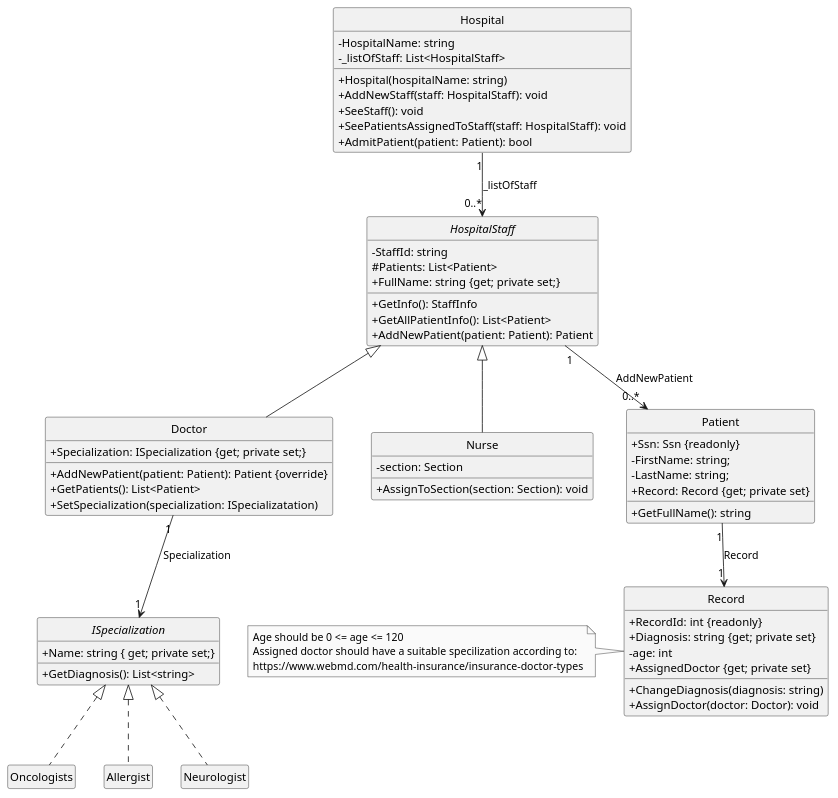
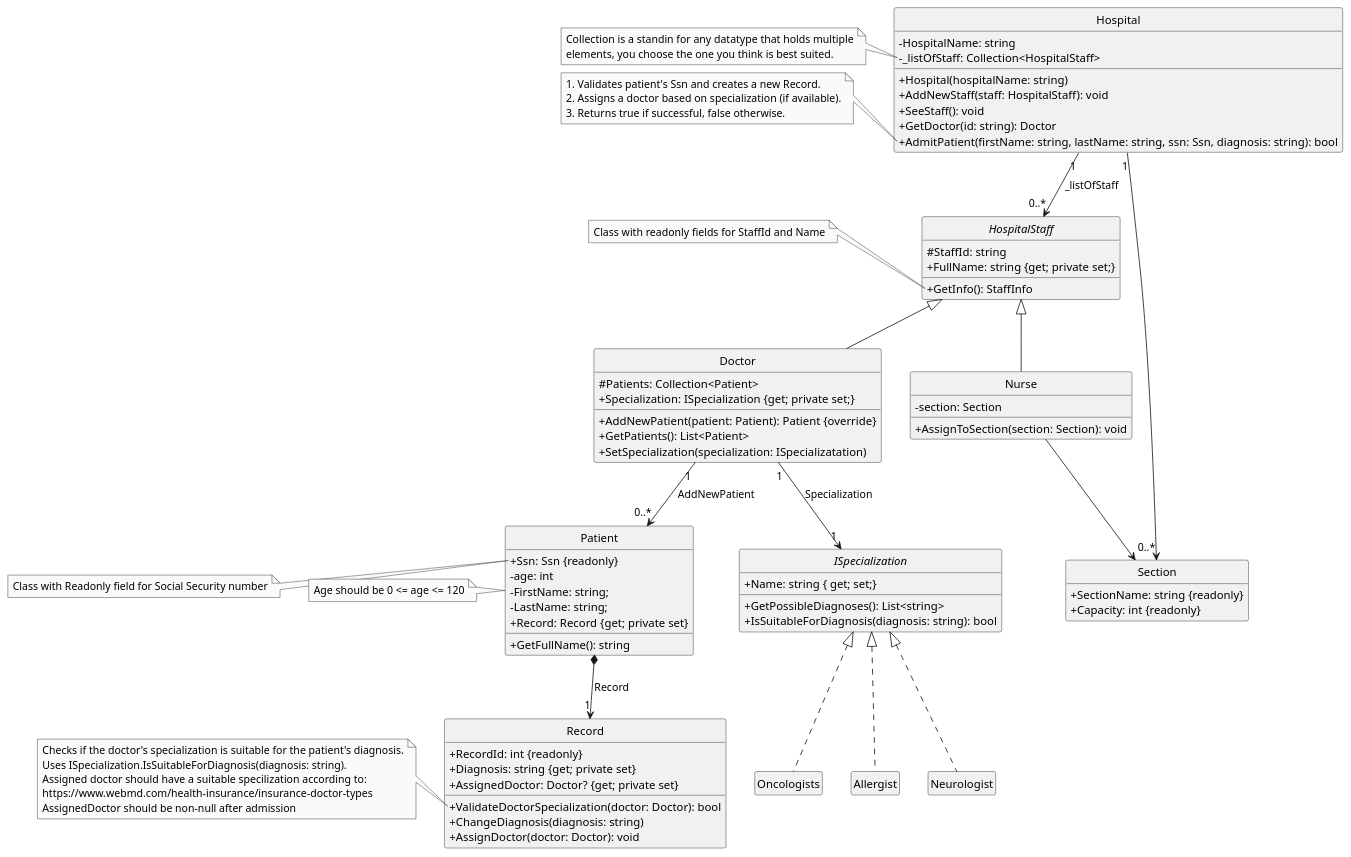
One commit to hkirk/ST2ITS2_Material changed the diagram in slide_server/slides/Week 11/hospital.plantuml. Above: the diagram before and after it, drawn with PlantUML. The commit also changed 1 other file, not shown here.

Commit message:
Updates to Week 11 - uml slides and

```diff
--- a/slide_server/slides/Week 11/hospital.plantuml
+++ b/slide_server/slides/Week 11/hospital.plantuml
@@ -1,97 +1,136 @@
 @startuml
 
 ' Only greyscale
 skinparam monochrome true
 ' Display UML icons (-, +, ~, #) instead of visibility icons
 skinparam classAttributeIconSize 0
 ' Disable class / interface / ... icons
 hide circles
 ' Hide empty boxes
 hide empty fields
 hide empty methods
 ' Display packages as frame
 skinparam packageStyle frame
 ' Disable shadows
 skinparam shadowing false
 
 
 class Hospital {
         - HospitalName: string
-        - _listOfStaff: List<HospitalStaff>
+        - _listOfStaff: Collection<HospitalStaff>
 
         + Hospital(hospitalName: string)
         + AddNewStaff(staff: HospitalStaff): void
         + SeeStaff(): void
-        + SeePatientsAssignedToStaff(staff: HospitalStaff): void
-        + AdmitPatient(patient: Patient): bool
+        + GetDoctor(id: string): Doctor
+        + AdmitPatient(firstName: string, lastName: string, ssn: Ssn, diagnosis: string): bool
     }
 
     abstract class HospitalStaff {
-        - StaffId: string
-        # Patients: List<Patient>
+        # StaffId: string
         + FullName: string {get; private set;}
 
         + GetInfo(): StaffInfo
-        + GetAllPatientInfo(): List<Patient>
-        + AddNewPatient(patient: Patient): Patient
     }
 
     class Doctor {
+        # Patients: Collection<Patient>
         + Specialization: ISpecialization {get; private set;}
-
         + AddNewPatient(patient: Patient): Patient {override}
         + GetPatients(): List<Patient>
         + SetSpecialization(specialization: ISpecializatation)
     }
 
     class Nurse {
       - section: Section
 
       + AssignToSection(section: Section): void
     }
 
+    class Section {
+       + SectionName: string {readonly}
+       + Capacity: int {readonly}
+    } 
+
     interface ISpecialization {
-        + Name: string { get; private set;}
+        + Name: string { get; set;}
 
-        + GetDiagnosis(): List<string>
+        + GetPossibleDiagnoses(): List<string>
+        + IsSuitableForDiagnosis(diagnosis: string): bool
     }
 
     class Oncologists {}
     class Allergist {}
     class Neurologist {}
 
     class Patient {
         + Ssn: Ssn {readonly}
+        - age: int
         - FirstName: string;
         - LastName: string;
         + Record: Record {get; private set}
 
         + GetFullName(): string
     }
 
     class Record {
         + RecordId: int {readonly}
         + Diagnosis: string {get; private set}
-        - age: int
-        + AssignedDoctor {get; private set}
-        
+        + AssignedDoctor: Doctor? {get; private set}
+        + ValidateDoctorSpecialization(doctor: Doctor): bool
         + ChangeDiagnosis(diagnosis: string)
         + AssignDoctor(doctor: Doctor): void
     }
 
     Hospital "1" --> "0..*" HospitalStaff : _listOfStaff
     HospitalStaff <|-- Doctor
     HospitalStaff <|-- Nurse
+    Hospital "1" --> "0..*" Section
+    
+    Nurse --> Section
 
-    HospitalStaff "1" --> "0..*" Patient : AddNewPatient
+    Doctor "1" --> "0..*" Patient : AddNewPatient
     Doctor "1" --> "1" ISpecialization : Specialization
     ISpecialization <|.. Oncologists
     ISpecialization <|.. Allergist
     ISpecialization <|.. Neurologist
 
-    Patient "1" --> "1" Record : Record
+    Patient *--> "1" Record : Record
 
+note left of HospitalStaff::GetInfo 
+  Class with readonly fields for StaffId and Name
+end note
 
-    note left of Record: Age should be 0 <= age <= 120\nAssigned doctor should have a suitable specilization according to:\nhttps://www.webmd.com/health-insurance/insurance-doctor-types
+note left of Patient::Ssn 
+  Class with Readonly field for Social Security number
+end note
+
+note left of Patient::Ssn 
+  Class with Readonly field for Social Security number
+end note
+
+note left of Record::ValidateDoctorSpecialization
+  Checks if the doctor's specialization is suitable for the patient's diagnosis.
+  Uses ISpecialization.IsSuitableForDiagnosis(diagnosis: string).
+  Assigned doctor should have a suitable specilization according to:
+  https://www.webmd.com/health-insurance/insurance-doctor-types
+  AssignedDoctor should be non-null after admission
+end note
+
+    note left of Patient : Age should be 0 <= age <= 120
+    note left of Hospital::_listOfStaff
+      Collection is a standin for any datatype that holds multiple
+      elements, you choose the one you think is best suited. 
+    end note
+    note left of HospitalStaff::Patients
+      Collection is a standin for any datatype that holds multiple
+      elements, you choose the one you think is best suited.
+    end note
+
+    note left of Hospital::AdmitPatient
+      1. Validates patient's Ssn and creates a new Record.
+      2. Assigns a doctor based on specialization (if available).
+      3. Returns true if successful, false otherwise.
+    end note
 
 @enduml
```
